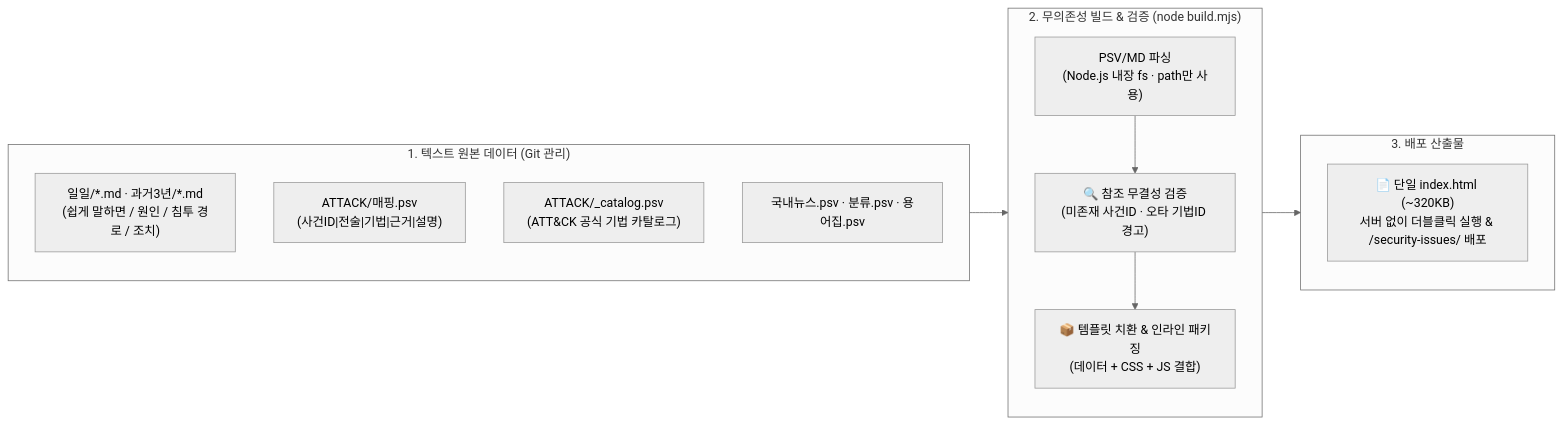
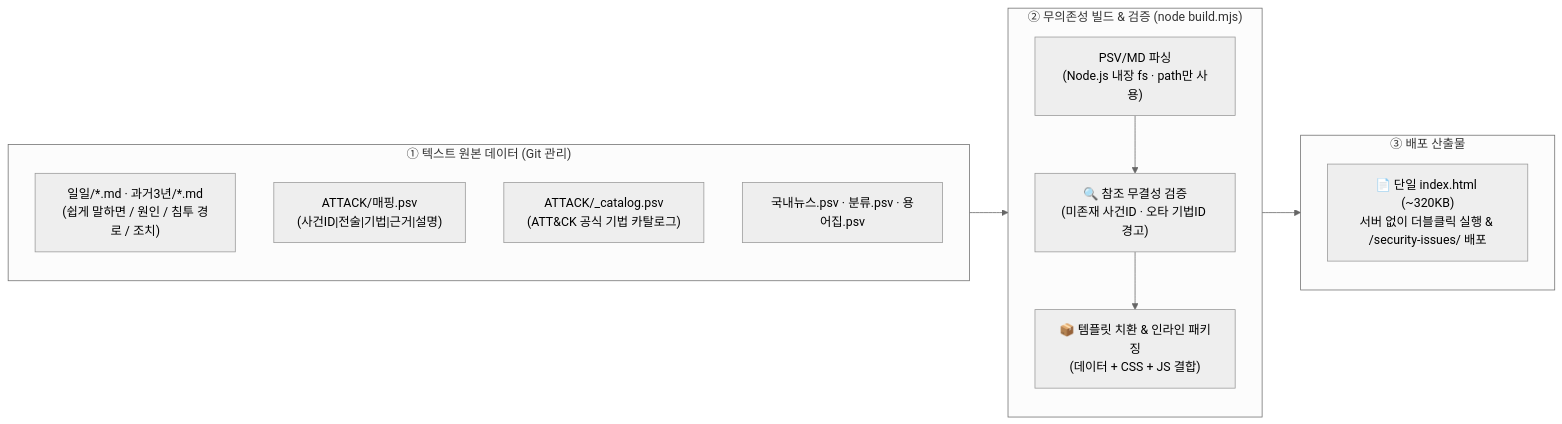
One commit to gooyong-sec/gooyong-sec.github.io changed the diagram in content/도구/보안이슈 트래커 빌드 후기 — psv와 build.mjs로 서버 없는 정적 도구 만들기.md. Above: the diagram before and after it, drawn with Mermaid (neutral theme). The commit also changed 28 other files, not shown here.

First line of the commit message:
fix: eliminate remaining mermaid markdown-list misparse across all diagrams

````diff
--- a/content/도구/보안이슈 트래커 빌드 후기 — psv와 build.mjs로 서버 없는 정적 도구 만들기.md
+++ b/content/도구/보안이슈 트래커 빌드 후기 — psv와 build.mjs로 서버 없는 정적 도구 만들기.md
@@ -18,19 +18,19 @@
 ```mermaid
 flowchart LR
-    subgraph Source["1. 텍스트 원본 데이터 (Git 관리)"]
+    subgraph Source["① 텍스트 원본 데이터 (Git 관리)"]
         MD["일일/*.md · 과거3년/*.md<br/>(쉽게 말하면 / 원인 / 침투 경로 / 조치)"]
         PSV1["ATTACK/매핑.psv<br/>(사건ID|전술|기법|근거|설명)"]
         PSV2["ATTACK/_catalog.psv<br/>(ATT&CK 공식 기법 카탈로그)"]
         PSV3["국내뉴스.psv · 분류.psv · 용어집.psv"]
     end
-    subgraph Build["2. 무의존성 빌드 & 검증 (node build.mjs)"]
+    subgraph Build["② 무의존성 빌드 & 검증 (node build.mjs)"]
         Parse["PSV/MD 파싱<br/>(Node.js 내장 fs · path만 사용)"]
         Check["🔍 참조 무결성 검증<br/>(미존재 사건ID · 오타 기법ID 경고)"]
         Inline["📦 템플릿 치환 & 인라인 패키징<br/>(데이터 + CSS + JS 결합)"]
         Parse --> Check --> Inline
     end
-    subgraph Output["3. 배포 산출물"]
+    subgraph Output["③ 배포 산출물"]
         HTML["📄 단일 index.html (~320KB)<br/>서버 없이 더블클릭 실행 & /security-issues/ 배포"]
     end
     Source --> Build --> Output
 ```
````
